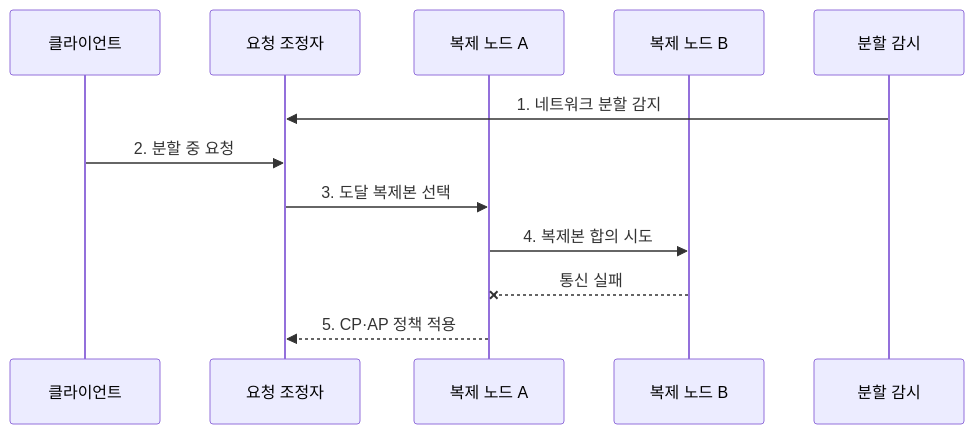
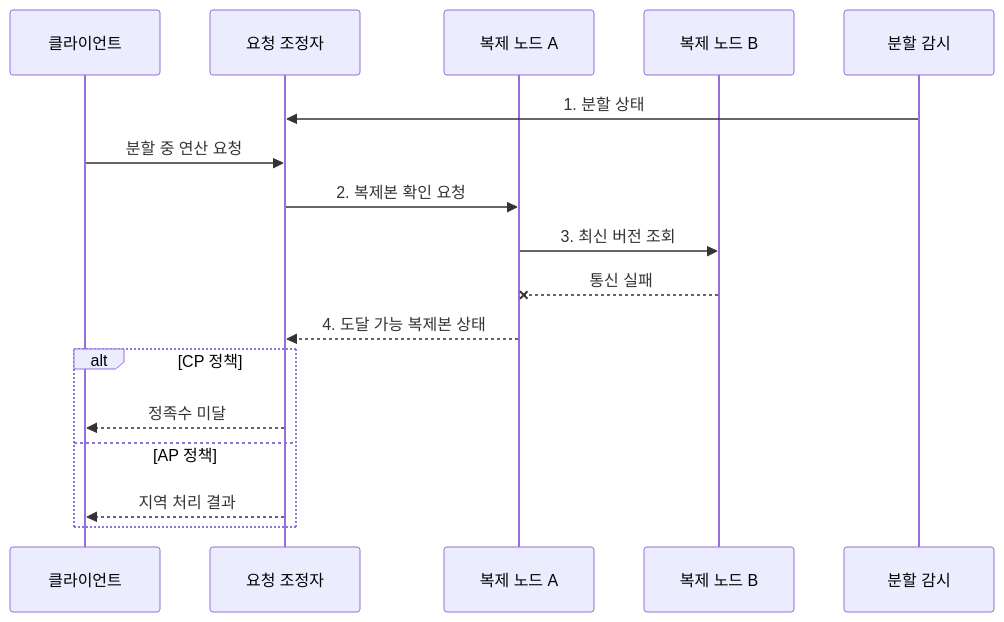
The second of 2 diagrams in src/content/docs/notes/03-software/103_cap_theorem.md (agnusdei1207/knowledge-base), drawn with Mermaid before and after one commit. The commit also changed other lines of this file and 20 other files, not shown here.

````diff
--- a/src/content/docs/notes/03-software/103_cap_theorem.md
+++ b/src/content/docs/notes/03-software/103_cap_theorem.md
@@ -77,14 +90,19 @@
 ```mermaid
 sequenceDiagram
     participant C as 클라이언트
     participant O as 요청 조정자
     participant A as 복제 노드 A
     participant B as 복제 노드 B
     participant M as 분할 감시
-    M->>O: 1. 네트워크 분할 감지
-    C->>O: 2. 분할 중 요청
-    O->>A: 3. 도달 복제본 선택
-    A->>B: 4. 복제본 합의 시도
+    M->>O: 1. 분할 상태
+    C->>O: 분할 중 연산 요청
+    O->>A: 2. 복제본 확인 요청
+    A->>B: 3. 최신 버전 조회
     B--xA: 통신 실패
-    A-->>O: 5. CP·AP 정책 적용
+    A-->>O: 4. 도달 가능 복제본 상태
+    alt CP 정책
+        O-->>C: 정족수 미달
+    else AP 정책
+        O-->>C: 지역 처리 결과
+    end
 ```
````
